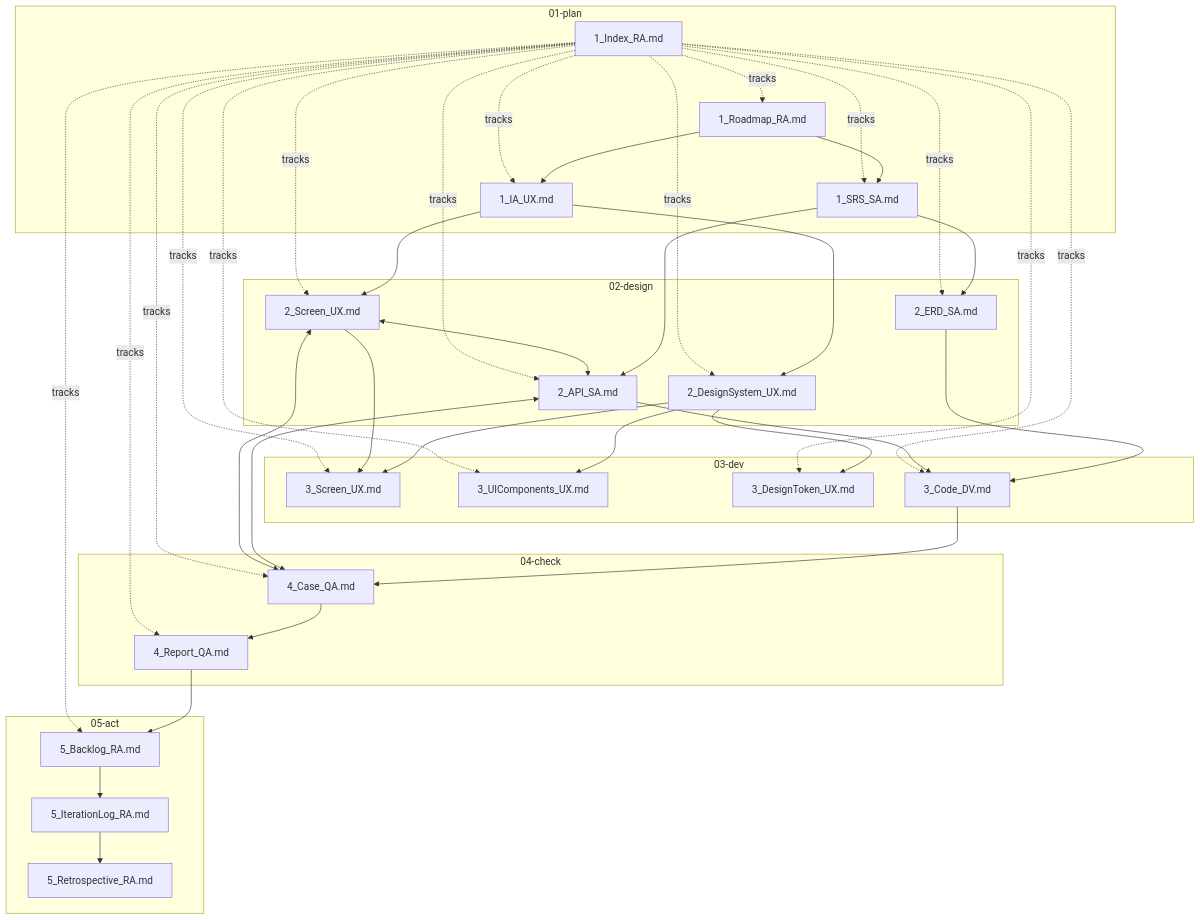
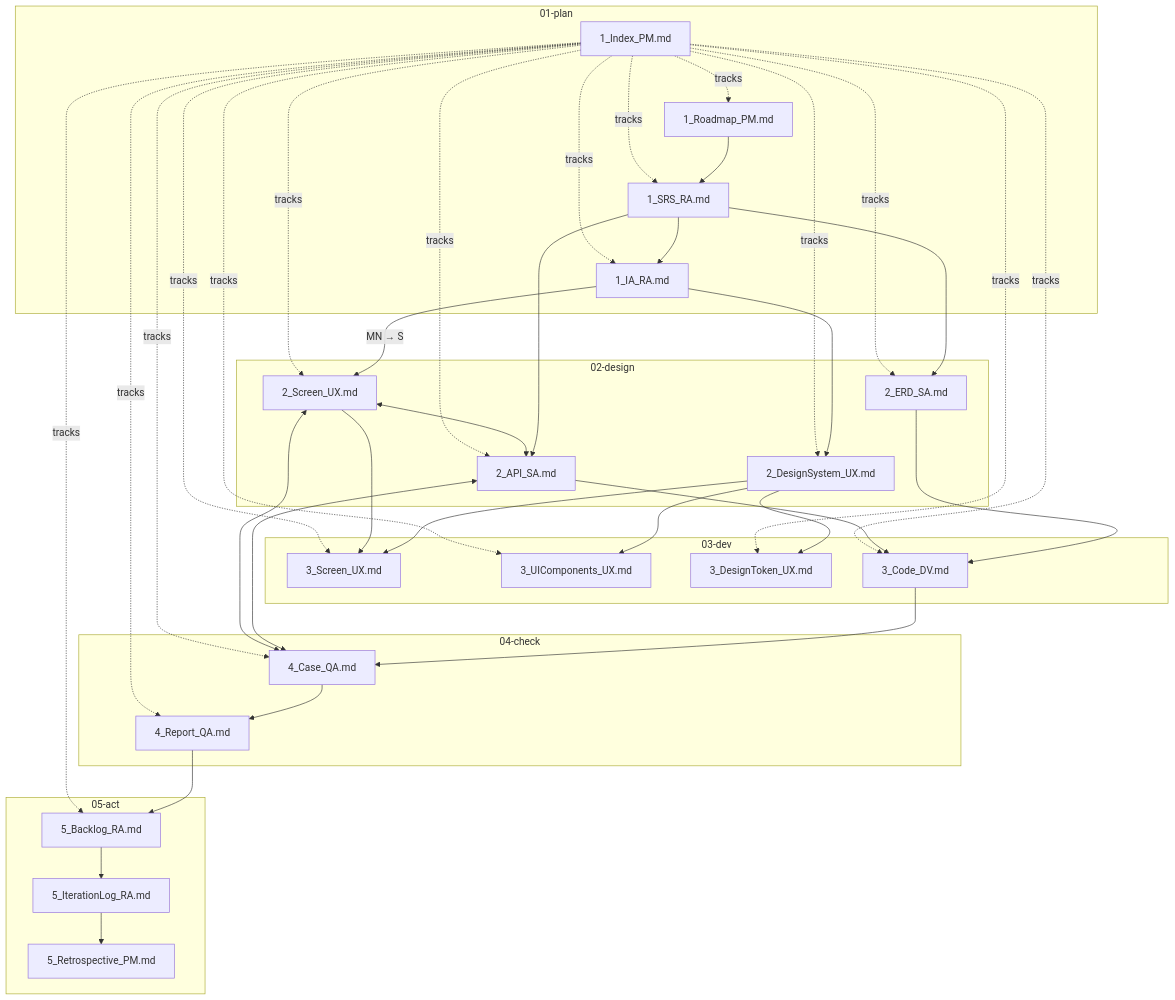
Before and after one commit to upleat-ax/u-maker-plugin: the third of 4 diagrams in references/traceability-matrix.md, drawn with Mermaid. The commit also changed other lines of this file and 5 other files, not shown here.

````diff
--- a/references/traceability-matrix.md
+++ b/references/traceability-matrix.md
@@ -80,76 +85,76 @@
 ```mermaid
 flowchart TD
     subgraph PLAN["01-plan"]
-        ROADMAP[1_Roadmap_RA.md]
-        SRS[1_SRS_SA.md]
-        IA[1_IA_UX.md]
-        INDEX[1_Index_RA.md]
+        ROADMAP[1_Roadmap_PM.md]
+        SRS[1_SRS_RA.md]
+        IA[1_IA_RA.md]
+        INDEX[1_Index_PM.md]
     end
 
     subgraph DESIGN["02-design"]
         SCREEN[2_Screen_UX.md]
         DSYS[2_DesignSystem_UX.md]
         ERD[2_ERD_SA.md]
         API[2_API_SA.md]
     end
 
     subgraph DEV["03-dev"]
         SCR_UX[3_Screen_UX.md]
         UICOMP[3_UIComponents_UX.md]
         DTOKEN[3_DesignToken_UX.md]
         CODE[3_Code_DV.md]
     end
 
     subgraph CHECK_PHASE["04-check"]
         CASE[4_Case_QA.md]
         REPORT[4_Report_QA.md]
     end
 
     subgraph ACT_PHASE["05-act"]
         BACKLOG[5_Backlog_RA.md]
         ITER_LOG[5_IterationLog_RA.md]
-        RETRO[5_Retrospective_RA.md]
+        RETRO[5_Retrospective_PM.md]
     end
 
     %% Vertical dependencies
     ROADMAP --> SRS
-    ROADMAP --> IA
+    SRS --> IA
     SRS --> ERD
     SRS --> API
-    IA --> SCREEN
+    IA -->|MN → S| SCREEN
     IA --> DSYS
     DSYS --> SCR_UX
     DSYS --> UICOMP
     DSYS --> DTOKEN
     ERD --> CODE
     API --> CODE
     SCREEN --> SCR_UX
     CODE --> CASE
 
     %% Horizontal dependencies
     SCREEN <--> API
     API <--> CASE
     SCREEN <--> CASE
 
     %% Check → Act flow
     CASE --> REPORT
     REPORT --> BACKLOG
     BACKLOG --> ITER_LOG
     ITER_LOG --> RETRO
 
     %% Index tracks all
     INDEX -.->|tracks| ROADMAP
     INDEX -.->|tracks| SRS
     INDEX -.->|tracks| IA
     INDEX -.->|tracks| SCREEN
     INDEX -.->|tracks| DSYS
     INDEX -.->|tracks| ERD
     INDEX -.->|tracks| API
     INDEX -.->|tracks| SCR_UX
     INDEX -.->|tracks| UICOMP
     INDEX -.->|tracks| DTOKEN
     INDEX -.->|tracks| CODE
     INDEX -.->|tracks| CASE
     INDEX -.->|tracks| REPORT
     INDEX -.->|tracks| BACKLOG
 ```
````
